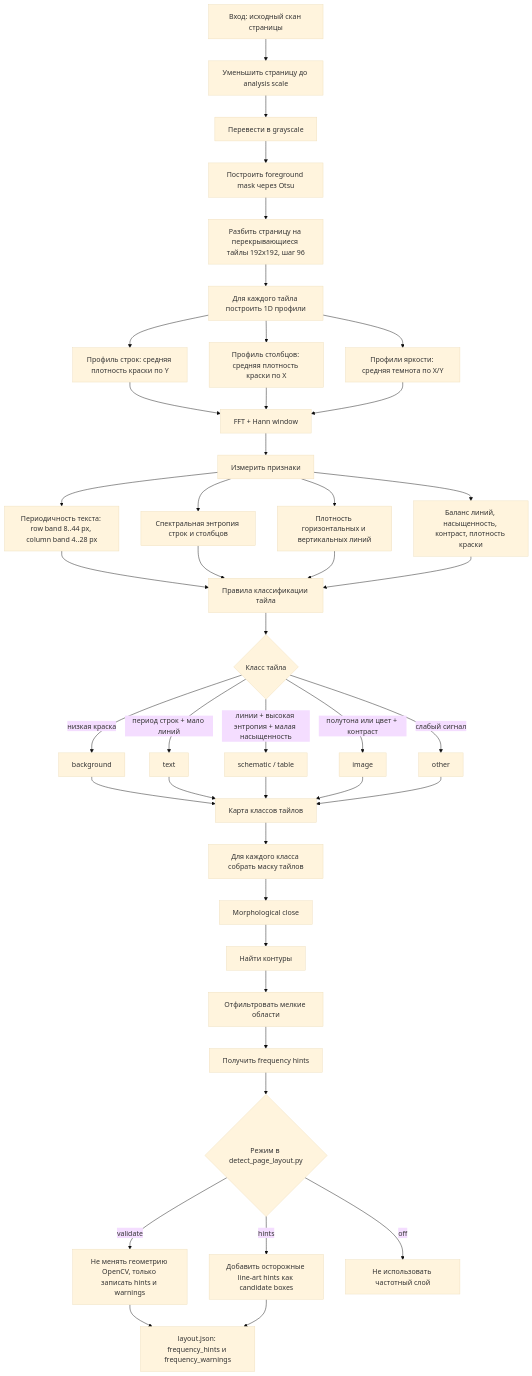
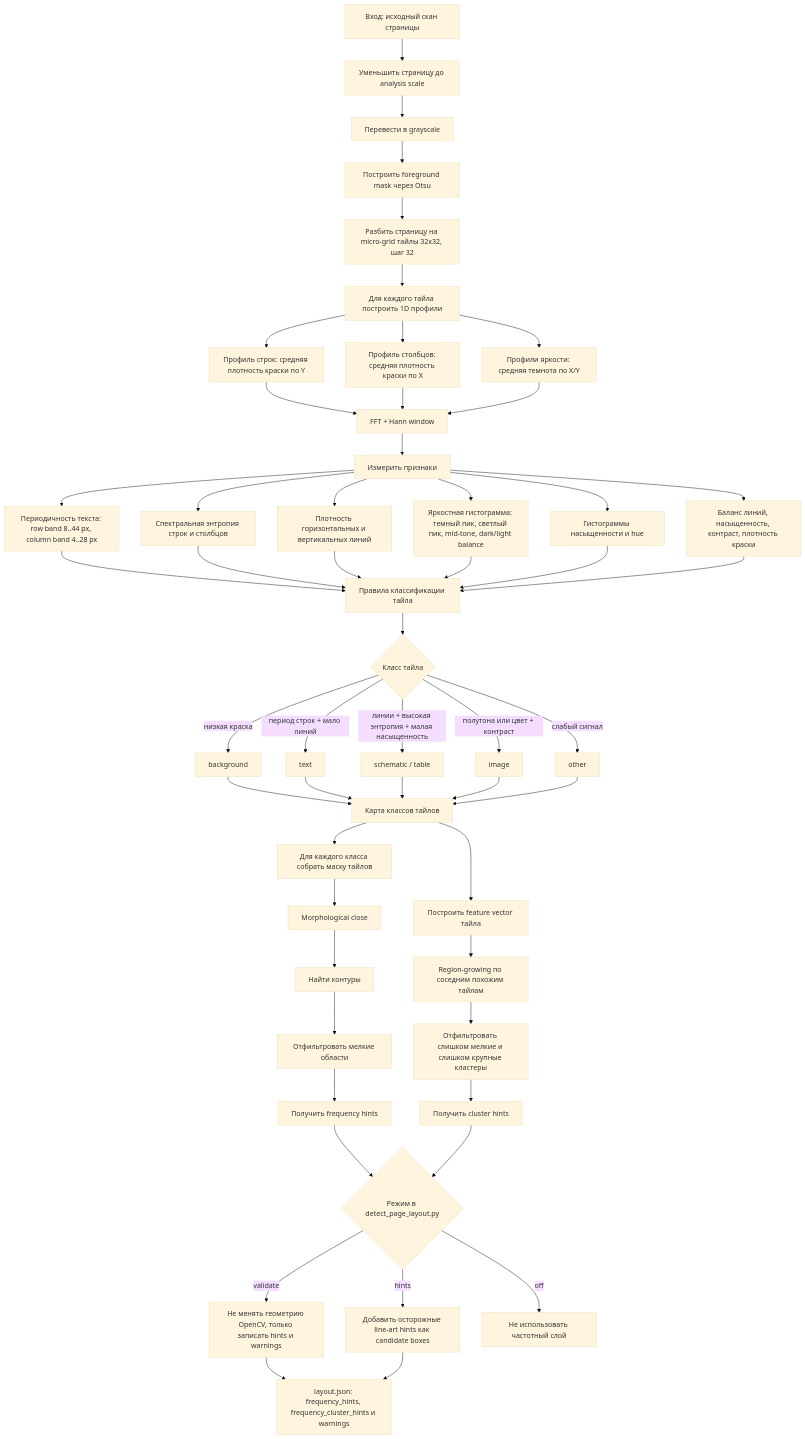
One commit to Witali/power-amp changed the diagram in docs/layout_frequency_algorithm.md. Above: the diagram before and after it, drawn with Mermaid (base theme). The commit also changed other lines of this file and 9 other files, not shown here.

Commit message:
Add clustered frequency layout hints

````diff
--- a/docs/layout_frequency_algorithm.md
+++ b/docs/layout_frequency_algorithm.md
@@ -7,54 +7,64 @@
 ```mermaid
 flowchart TD
     A["Вход: исходный скан страницы"] --> B["Уменьшить страницу до analysis scale"]
     B --> C["Перевести в grayscale"]
     C --> D["Построить foreground mask через Otsu"]
-    D --> E["Разбить страницу на перекрывающиеся тайлы 192x192, шаг 96"]
+    D --> E["Разбить страницу на micro-grid тайлы 32x32, шаг 32"]
 
     E --> F["Для каждого тайла построить 1D профили"]
     F --> F1["Профиль строк: средняя плотность краски по Y"]
     F --> F2["Профиль столбцов: средняя плотность краски по X"]
     F --> F3["Профили яркости: средняя темнота по X/Y"]
 
     F1 --> G["FFT + Hann window"]
     F2 --> G
     F3 --> G
 
     G --> H["Измерить признаки"]
     H --> H1["Периодичность текста: row band 8..44 px, column band 4..28 px"]
     H --> H2["Спектральная энтропия строк и столбцов"]
     H --> H3["Плотность горизонтальных и вертикальных линий"]
-    H --> H4["Баланс линий, насыщенность, контраст, плотность краски"]
+    H --> H4["Яркостная гистограмма: темный пик, светлый пик, mid-tone, dark/light balance"]
+    H --> H5["Гистограммы насыщенности и hue"]
+    H --> H6["Баланс линий, насыщенность, контраст, плотность краски"]
 
     H1 --> I["Правила классификации тайла"]
     H2 --> I
     H3 --> I
     H4 --> I
+    H5 --> I
+    H6 --> I
 
     I --> J{"Класс тайла"}
     J -->|низкая краска| K["background"]
     J -->|период строк + мало линий| L["text"]
     J -->|линии + высокая энтропия + малая насыщенность| M["schematic / table"]
     J -->|полутона или цвет + контраст| N["image"]
     J -->|слабый сигнал| O["other"]
 
     K --> P["Карта классов тайлов"]
     L --> P
     M --> P
     N --> P
     O --> P
 
     P --> Q["Для каждого класса собрать маску тайлов"]
     Q --> R["Morphological close"]
     R --> S["Найти контуры"]
     S --> T["Отфильтровать мелкие области"]
     T --> U["Получить frequency hints"]
 
+    P --> C1["Построить feature vector тайла"]
+    C1 --> C2["Region-growing по соседним похожим тайлам"]
+    C2 --> C3["Отфильтровать слишком мелкие и слишком крупные кластеры"]
+    C3 --> C4["Получить cluster hints"]
+
     U --> V{"Режим в detect_page_layout.py"}
+    C4 --> V
     V -->|validate| W["Не менять геометрию OpenCV, только записать hints и warnings"]
     V -->|hints| X["Добавить осторожные line-art hints как candidate boxes"]
     V -->|off| Y["Не использовать частотный слой"]
 
-    W --> Z["layout.json: frequency_hints и frequency_warnings"]
+    W --> Z["layout.json: frequency_hints, frequency_cluster_hints и warnings"]
     X --> Z
 ```
````
